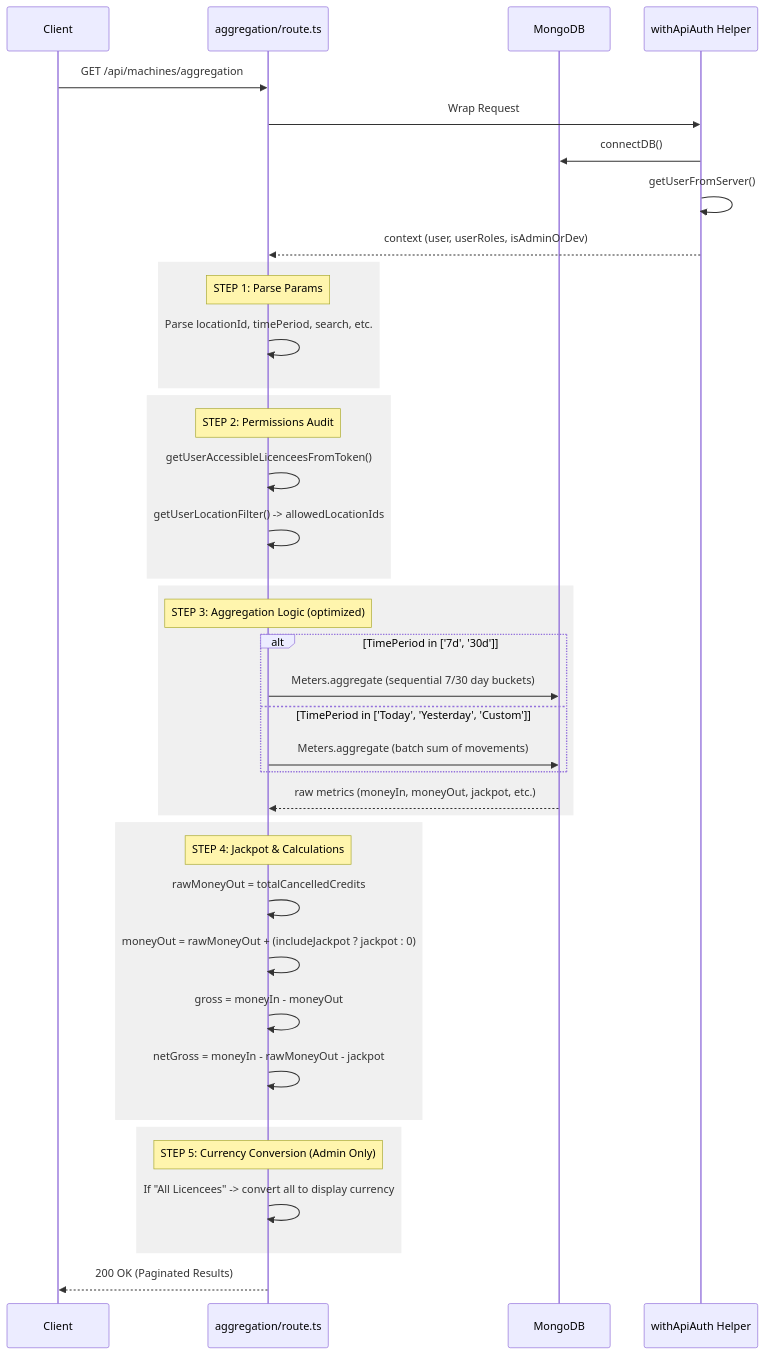
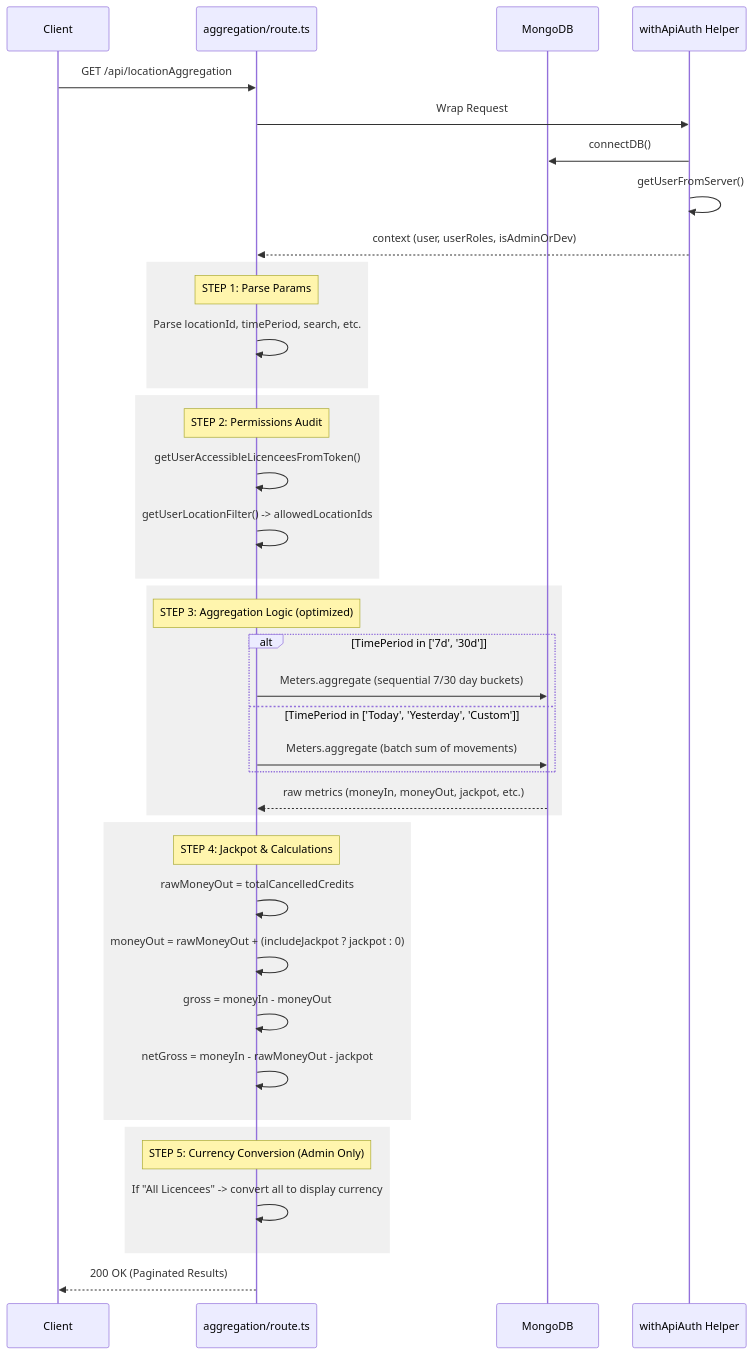
The diagram in Documentation/backend/api-flows/machine-aggregation-flow.md (A-Hazzard/Casino-Manangement-System), drawn with Mermaid before and after one commit. The commit also changed other lines of this file and 1106 other files, not shown here.

````diff
--- a/Documentation/backend/api-flows/machine-aggregation-flow.md
+++ b/Documentation/backend/api-flows/machine-aggregation-flow.md
@@ -5,49 +5,49 @@
 ```mermaid
 sequenceDiagram
     participant Client
     participant API as aggregation/route.ts
     participant DB as MongoDB
     participant Auth as withApiAuth Helper
 
-    Client->>API: GET /api/machines/aggregation
+    Client->>API: GET /api/locationAggregation
     API->>Auth: Wrap Request
     Auth->>DB: connectDB()
     Auth->>Auth: getUserFromServer()
     Auth-->>API: context (user, userRoles, isAdminOrDev)
 
     rect rgb(240, 240, 240)
     Note over API: STEP 1: Parse Params
     API->>API: Parse locationId, timePeriod, search, etc.
     end
 
     rect rgb(240, 240, 240)
     Note over API: STEP 2: Permissions Audit
     API->>API: getUserAccessibleLicenceesFromToken()
     API->>API: getUserLocationFilter() -> allowedLocationIds
     end
 
     rect rgb(240, 240, 240)
     Note over API: STEP 3: Aggregation Logic (optimized)
     alt TimePeriod in ['7d', '30d']
         API->>DB: Meters.aggregate (sequential 7/30 day buckets)
     else TimePeriod in ['Today', 'Yesterday', 'Custom']
         API->>DB: Meters.aggregate (batch sum of movements)
     end
     DB-->>API: raw metrics (moneyIn, moneyOut, jackpot, etc.)
     end
 
     rect rgb(240, 240, 240)
     Note over API: STEP 4: Jackpot & Calculations
     API->>API: rawMoneyOut = totalCancelledCredits
     API->>API: moneyOut = rawMoneyOut + (includeJackpot ? jackpot : 0)
     API->>API: gross = moneyIn - moneyOut
     API->>API: netGross = moneyIn - rawMoneyOut - jackpot
     end
 
     rect rgb(240, 240, 240)
     Note over API: STEP 5: Currency Conversion (Admin Only)
     API->>API: If "All Licencees" -> convert all to display currency
     end
 
     API-->>Client: 200 OK (Paginated Results)
 ```
````
